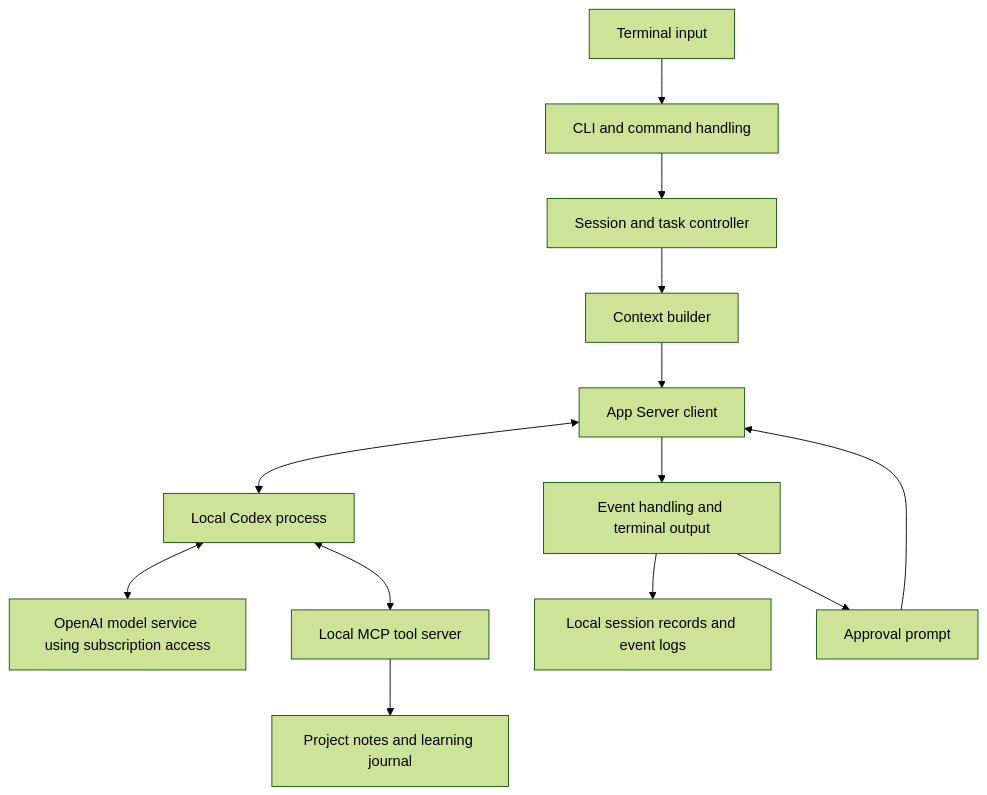
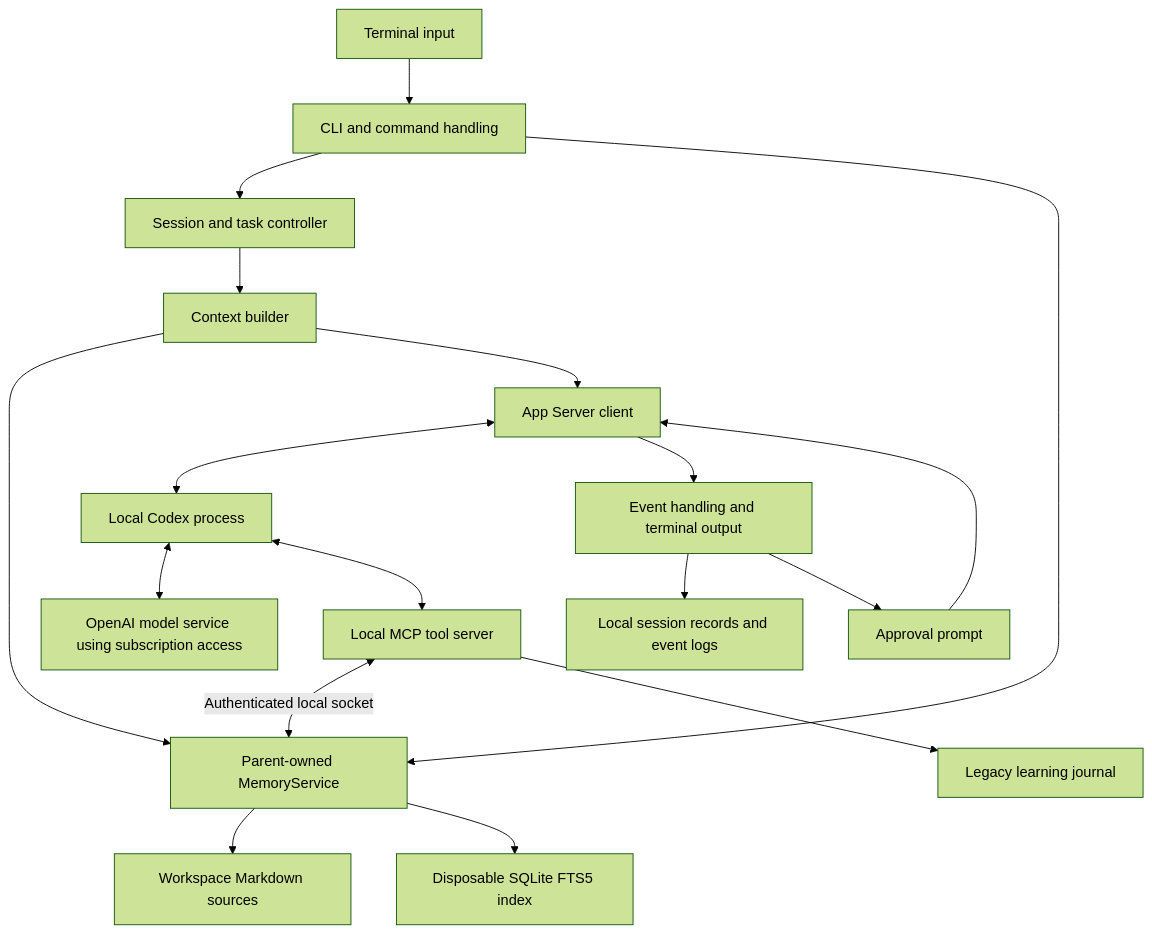
Before and after one commit to Antony0101/agent-harness-lab: the diagram in plans/learning-harness-plan.md, drawn with Mermaid (forest theme). The commit also changed other lines of this file and 50 other files, not shown here.

````diff
--- a/plans/learning-harness-plan.md
+++ b/plans/learning-harness-plan.md
@@ -76,15 +76,20 @@
 ```mermaid
 flowchart TD
     User[Terminal input] --> CLI[CLI and command handling]
     CLI --> Controller[Session and task controller]
     Controller --> Context[Context builder]
+    Context --> MemorySvc[Parent-owned MemoryService]
+    CLI --> MemorySvc
+    MemorySvc --> Markdown[Workspace Markdown sources]
+    MemorySvc --> SQLite[Disposable SQLite FTS5 index]
     Context --> Client[App Server client]
     Client <--> Runtime[Local Codex process]
     Runtime <--> Service[OpenAI model service using subscription access]
     Client --> Events[Event handling and terminal output]
     Events --> Files[Local session records and event logs]
     Events --> Approval[Approval prompt]
     Approval --> Client
     Runtime <--> MCP[Local MCP tool server]
-    MCP --> Notes[Project notes and learning journal]
+    MCP <-->|Authenticated local socket| MemorySvc
+    MCP --> Notes[Legacy learning journal]
 ```
````
